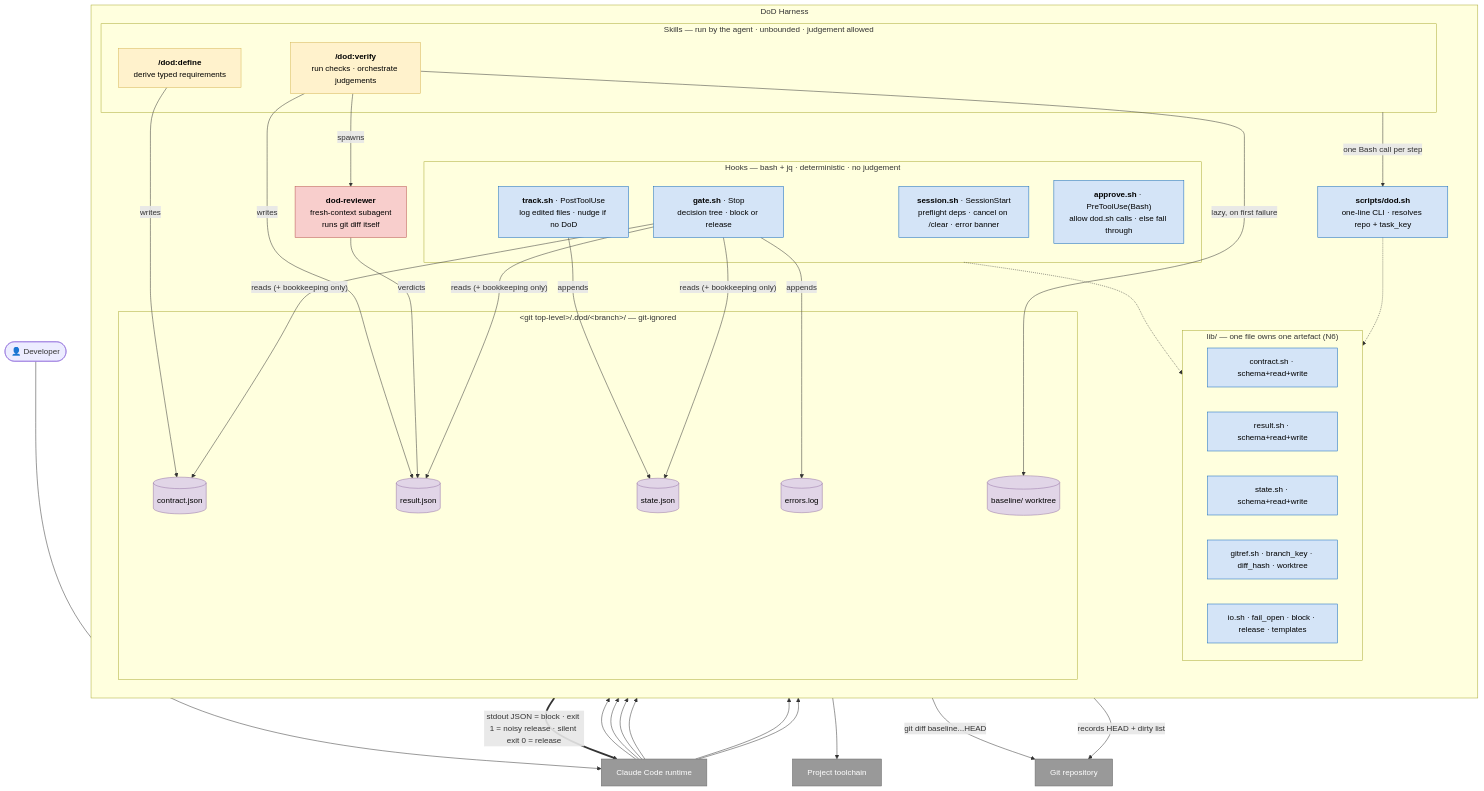
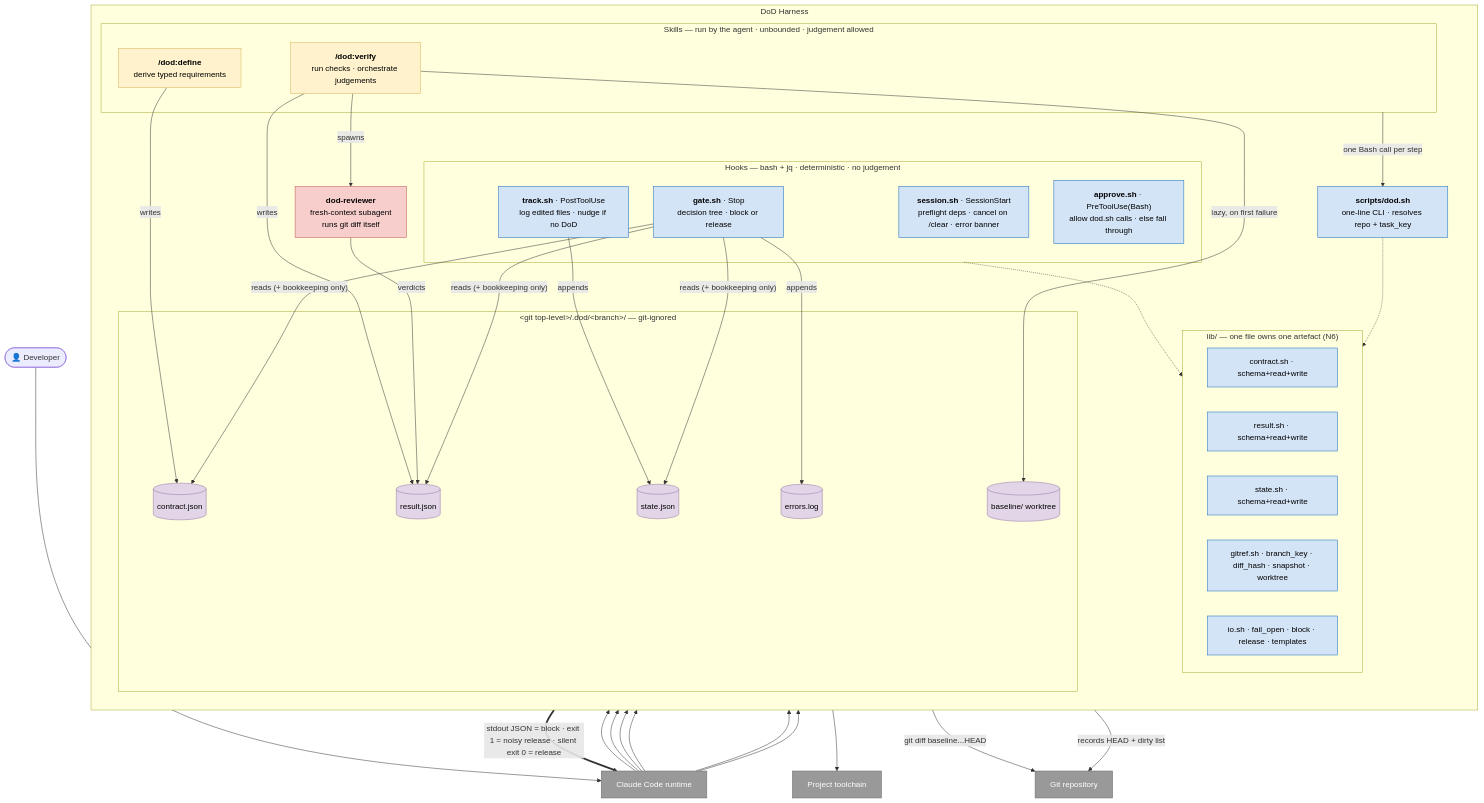
Before and after one commit to pehota/claude-plugins: the second of 3 diagrams in plugins/dod/docs/design-v2.md, drawn with Mermaid. The commit also changed other lines of this file and 16 other files, not shown here.

````diff
--- a/plugins/dod/docs/design-v2.md
+++ b/plugins/dod/docs/design-v2.md
@@ -113,70 +113,70 @@
 ```mermaid
 flowchart TB
   DEV(["👤 Developer"])
   CC["Claude Code runtime"]
 
   subgraph HARNESS["DoD Harness"]
     direction TB
     subgraph HOOKS["Hooks — bash + jq · deterministic · no judgement"]
       SESS["<b>session.sh</b> · SessionStart<br/>preflight deps · cancel on /clear · error banner"]
       TRACK["<b>track.sh</b> · PostToolUse<br/>log edited files · nudge if no DoD"]
       GATE["<b>gate.sh</b> · Stop<br/>decision tree · block or release"]
       APPROVE["<b>approve.sh</b> · PreToolUse(Bash)<br/>allow dod.sh calls · else fall through"]
     end
     subgraph LIB["lib/ — one file owns one artefact (N6)"]
       CONTRACTLIB["contract.sh · schema+read+write"]
       RESULTLIB["result.sh · schema+read+write"]
       STATELIB["state.sh · schema+read+write"]
-      GITREF["gitref.sh · branch_key · diff_hash · worktree"]
+      GITREF["gitref.sh · branch_key · diff_hash · snapshot · worktree"]
       IO["io.sh · fail_open · block · release · templates"]
     end
     subgraph SKILLS["Skills — run by the agent · unbounded · judgement allowed"]
       DEFINE["<b>/dod:define</b><br/>derive typed requirements"]
       VERIFY["<b>/dod:verify</b><br/>run checks · orchestrate judgements"]
     end
     CLI["<b>scripts/dod.sh</b><br/>one-line CLI · resolves repo + task_key"]
     REVIEWER["<b>dod-reviewer</b><br/>fresh-context subagent<br/>runs git diff itself"]
     subgraph STATE["&lt;git top-level&gt;/.dod/&lt;branch&gt;/ — git-ignored"]
       CONTRACT[("contract.json")]
       RESULT[("result.json")]
       SSTATE[("state.json")]
       WT[("baseline/ worktree")]
       ERR[("errors.log")]
     end
   end
 
   GIT["Git repository"]
   TOOL["Project toolchain"]
 
   DEV --> CC
   CC --> SESS & TRACK & GATE & APPROVE
   CC --> DEFINE & VERIFY
   HOOKS -.-> LIB
   SKILLS -->|"one Bash call per step"| CLI
   CLI -.-> LIB
 
   DEFINE -->|writes| CONTRACT
   VERIFY -->|writes| RESULT
   VERIFY -->|spawns| REVIEWER
   REVIEWER -->|verdicts| RESULT
   TRACK -->|appends| SSTATE
   GATE -->|"reads (+ bookkeeping only)"| CONTRACT & RESULT & SSTATE
   GATE -->|appends| ERR
 
   GATE ==>|"stdout JSON = block · exit 1 = noisy release · silent exit 0 = release"| CC
   VERIFY --> TOOL
   VERIFY -->|lazy, on first failure| WT
   REVIEWER -->|git diff baseline...HEAD| GIT
   DEFINE -->|records HEAD + dirty list| GIT
 
   classDef hook fill:#d4e4f7,stroke:#1168bd,color:#000
   classDef skill fill:#fff2cc,stroke:#d6b656,color:#000
   classDef agent fill:#f8cecc,stroke:#b85450,color:#000
   classDef store fill:#e1d5e7,stroke:#9673a6,color:#000
   classDef ext fill:#999,stroke:#6b6b6b,color:#fff
   class SESS,TRACK,GATE,APPROVE,CLI,CONTRACTLIB,RESULTLIB,STATELIB,GITREF,IO hook
   class DEFINE,VERIFY skill
   class REVIEWER agent
   class CONTRACT,RESULT,SSTATE,WT,ERR store
   class CC,GIT,TOOL ext
 ```
````
